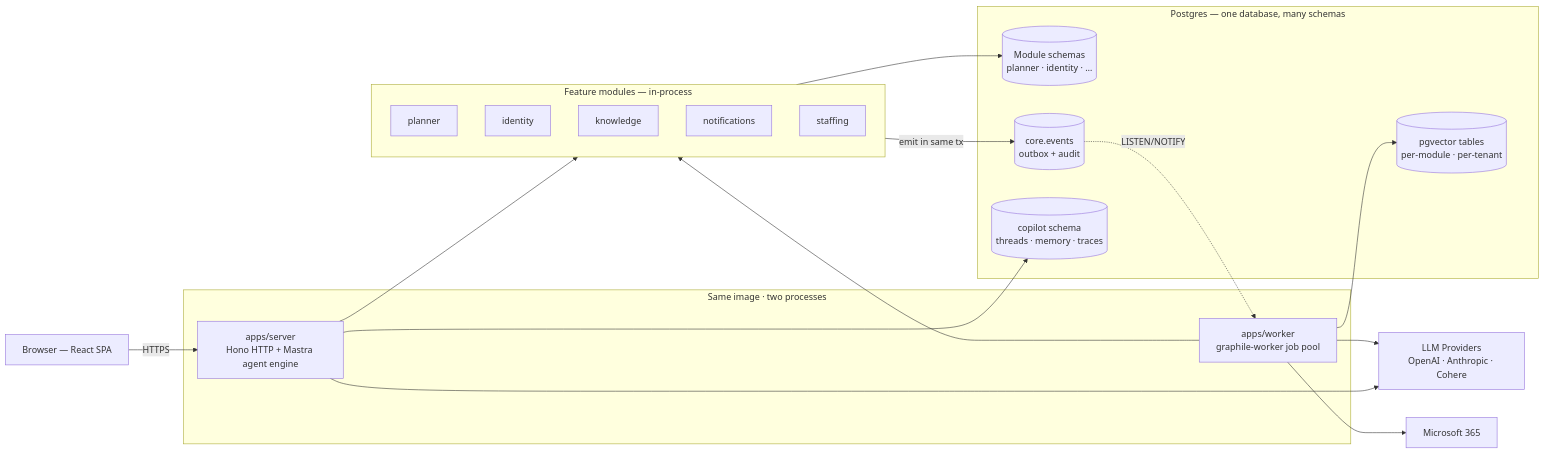
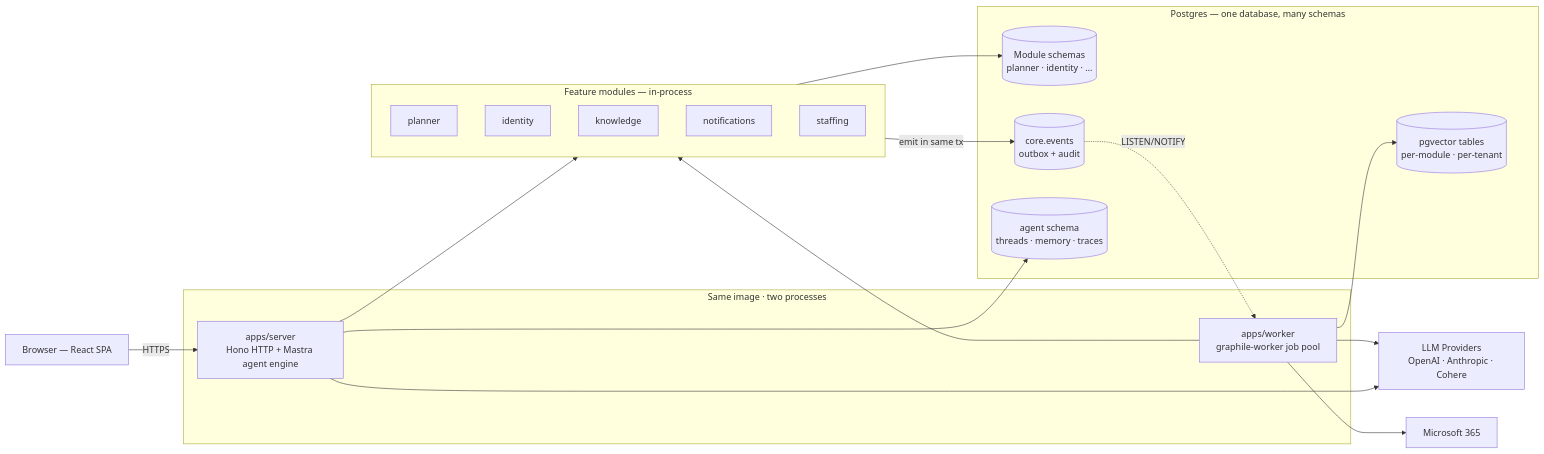
The third of 14 diagrams in README.md (Seta-International/agent-platform), drawn with Mermaid before and after one commit. The commit also changed other lines of this file and 34 other files, not shown here.

First line of the commit message:
fix: replace all remaining copilot references with agent across repo

````diff
--- a/README.md
+++ b/README.md
@@ -93,39 +93,39 @@
 ```mermaid
 flowchart LR
     Browser["Browser — React SPA"]
 
     subgraph Runtime["Same image · two processes"]
       Server["apps/server\nHono HTTP + Mastra agent engine"]
       Worker["apps/worker\ngraphile-worker job pool"]
     end
 
     subgraph Modules["Feature modules — in-process"]
       Planner["planner"]
       Identity["identity"]
       Knowledge["knowledge"]
       Notifications["notifications"]
       Staffing["staffing"]
     end
 
     subgraph PG["Postgres — one database, many schemas"]
       ModSchemas[("Module schemas\nplanner · identity · …")]
       Outbox[("core.events\noutbox + audit")]
       Vec[("pgvector tables\nper-module · per-tenant")]
-      CopSchema[("copilot schema\nthreads · memory · traces")]
+      CopSchema[("agent schema\nthreads · memory · traces")]
     end
 
     LLM["LLM Providers\nOpenAI · Anthropic · Cohere"]
     M365["Microsoft 365"]
 
     Browser -->|"HTTPS"| Server
     Server --> Modules
     Modules --> ModSchemas
     Modules -->|"emit in same tx"| Outbox
     Outbox -.->|"LISTEN/NOTIFY"| Worker
     Worker --> Modules
     Worker --> Vec
     Worker --> M365
     Server --> CopSchema
     Server --> LLM
     Worker --> LLM
 ```
````
